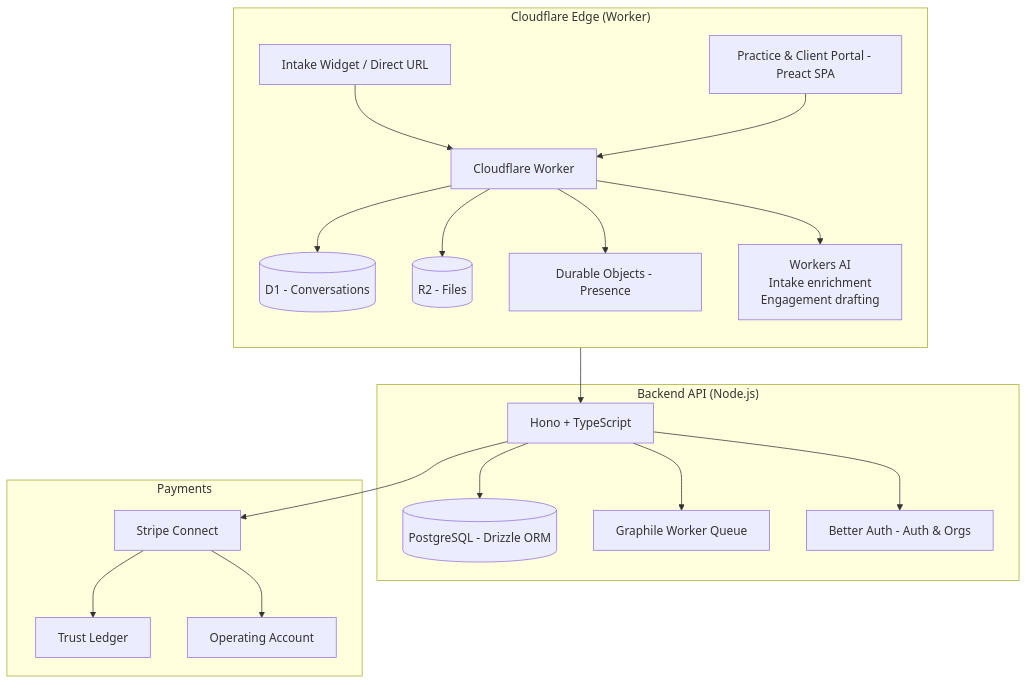
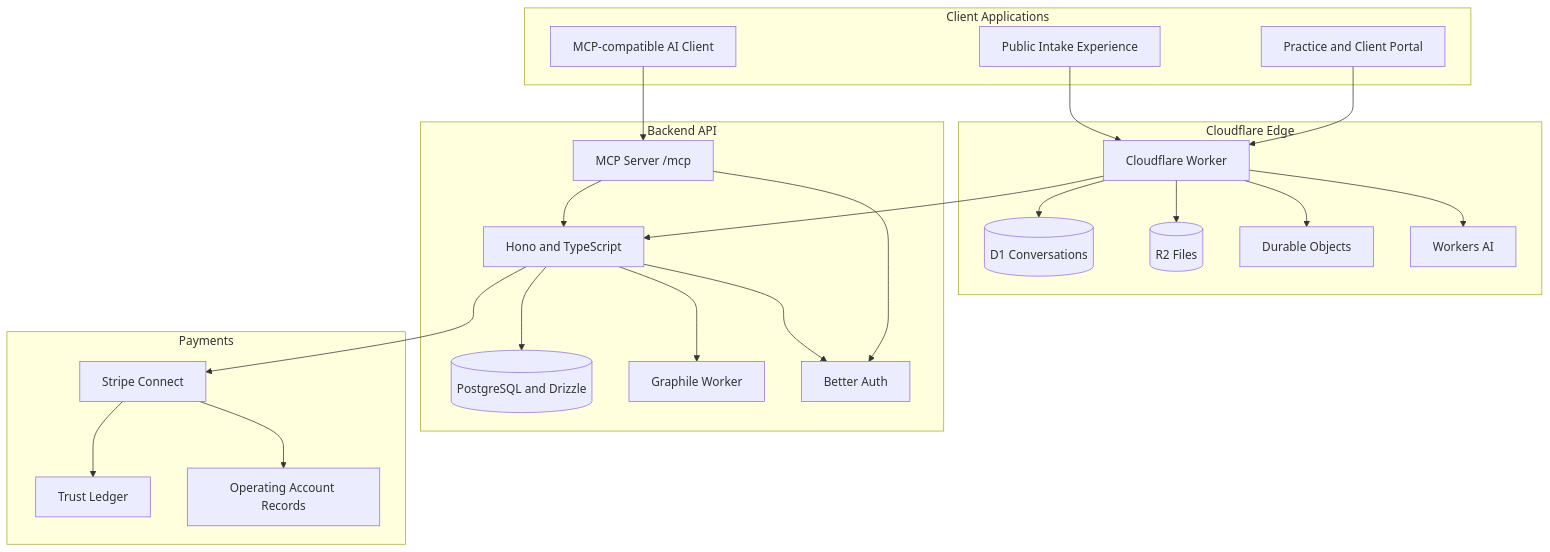
One commit to Blawby/blawby-backend changed the diagram in PRODUCT.md. Above: the diagram before and after it, drawn with Mermaid. The commit also changed other lines of this file, not shown here.

Commit message:
docs: refresh product overview and MCP status

````diff
--- a/PRODUCT.md
+++ b/PRODUCT.md
@@ -213,29 +171,47 @@
 ```mermaid
 flowchart TB
-    subgraph Edge["Cloudflare Edge (Worker)"]
-        direction TB
-        W[Intake Widget / Direct URL]
-        PD[Practice & Client Portal - Preact SPA]
-        W --> CF[Cloudflare Worker]
-        PD --> CF
-        CF --> D1[(D1 - Conversations)]
-        CF --> R2[(R2 - Files)]
-        CF --> DO[Durable Objects - Presence]
-        CF --> WAI[Workers AI\nIntake enrichment\nEngagement drafting]
+    subgraph ClientApps["Client Applications"]
+        Intake[Public Intake Experience]
+        Portal[Practice and Client Portal]
+        AIClient[MCP-compatible AI Client]
     end
 
-    subgraph Backend["Backend API (Node.js)"]
-        API[Hono + TypeScript]
-        API --> DB[(PostgreSQL - Drizzle ORM)]
-        API --> SQ[Graphile Worker Queue]
-        API --> BA[Better Auth - Auth & Orgs]
+    subgraph Edge["Cloudflare Edge"]
+        Worker[Cloudflare Worker]
+        D1[(D1 Conversations)]
+        R2[(R2 Files)]
+        DO[Durable Objects]
+        WAI[Workers AI]
+        Worker --> D1
+        Worker --> R2
+        Worker --> DO
+        Worker --> WAI
     end
 
-    subgraph Payments
-        API --> SC[Stripe Connect]
-        SC --> TR[Trust Ledger]
-        SC --> OP[Operating Account]
+    subgraph Backend["Backend API"]
+        API[Hono and TypeScript]
+        MCP[MCP Server /mcp]
+        DB[(PostgreSQL and Drizzle)]
+        Queue[Graphile Worker]
+        Auth[Better Auth]
+        API --> DB
+        API --> Queue
+        API --> Auth
+        MCP --> API
+        MCP --> Auth
     end
 
-    CF --> API
+    subgraph Payments["Payments"]
+        Stripe[Stripe Connect]
+        Trust[Trust Ledger]
+        Operating[Operating Account Records]
+        API --> Stripe
+        Stripe --> Trust
+        Stripe --> Operating
+    end
+
+    Intake --> Worker
+    Portal --> Worker
+    Worker --> API
+    AIClient --> MCP
 ```
````
